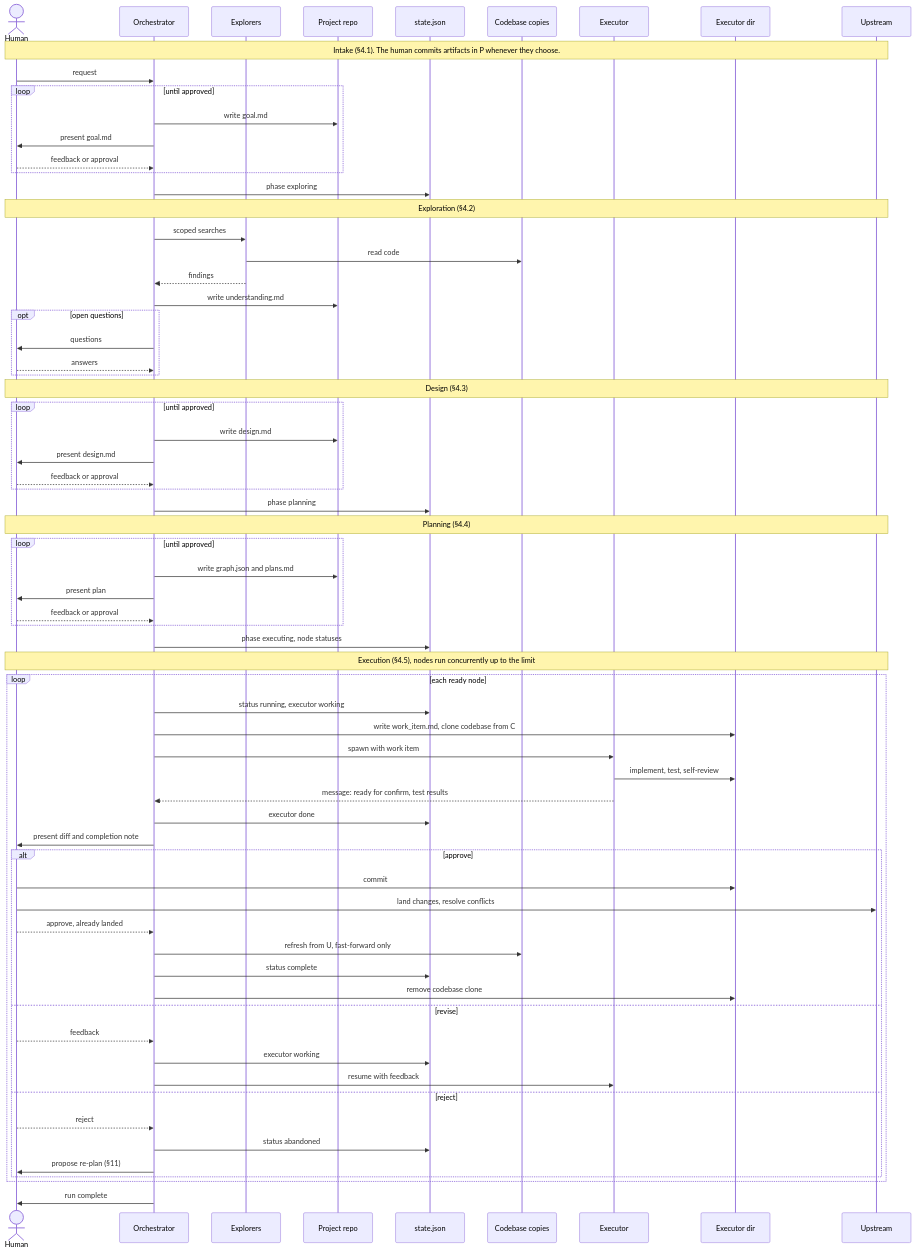
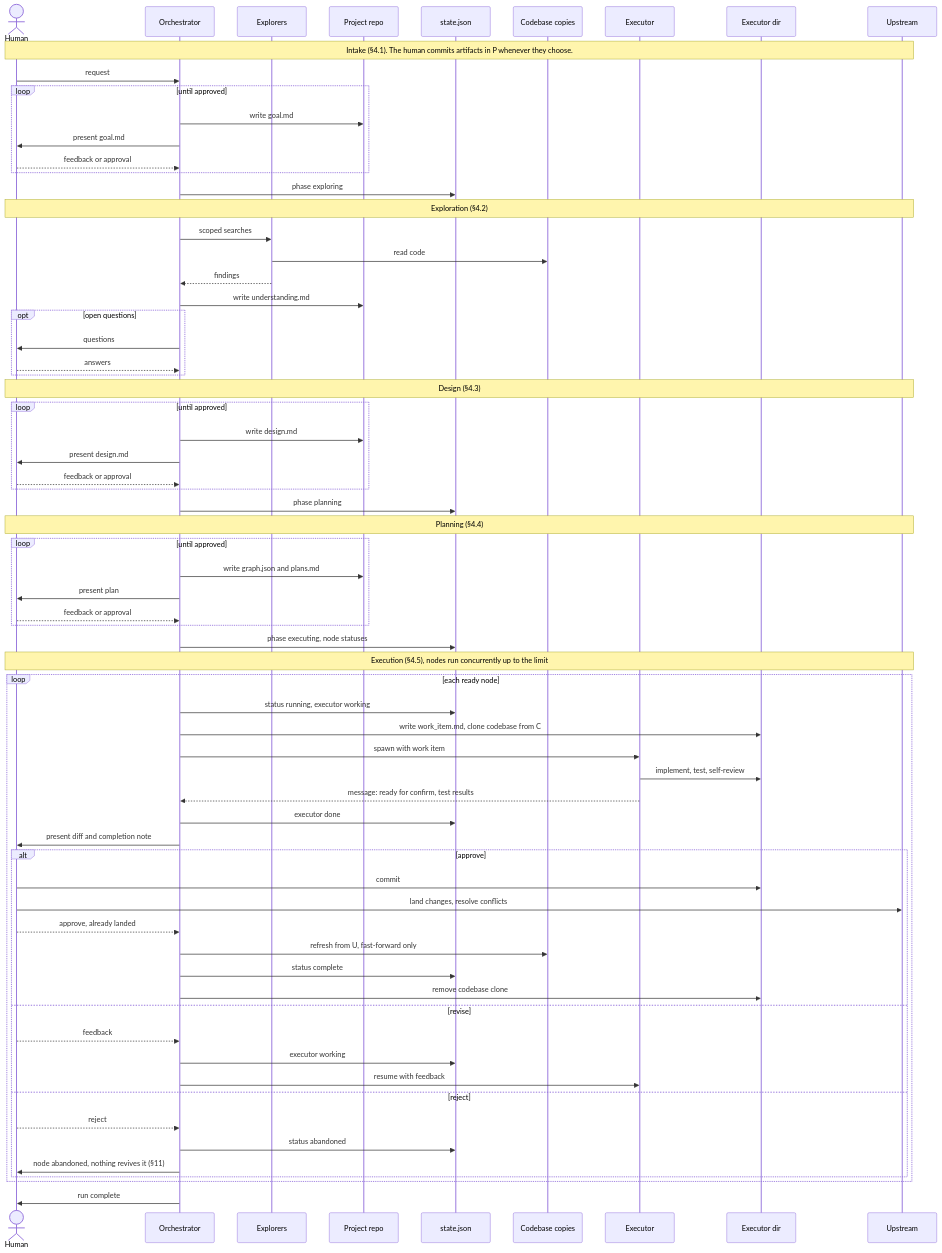
The second of 4 diagrams in docs/design.md (hyunbumy/devflow), drawn with Mermaid before and after one commit. The commit also changed other lines of this file and 5 other files, not shown here.

````diff
--- a/docs/design.md
+++ b/docs/design.md
@@ -212,75 +216,75 @@
 ```mermaid
 sequenceDiagram
     actor H as Human
     participant O as Orchestrator
     participant X as Explorers
     participant P as Project repo
     participant S as state.json
     participant C as Codebase copies
     participant E as Executor
     participant W as Executor dir
     participant U as Upstream
 
     Note over H,U: Intake (§4.1). The human commits artifacts in P whenever they choose.
     H->>O: request
     loop until approved
         O->>P: write goal.md
         O->>H: present goal.md
         H-->>O: feedback or approval
     end
     O->>S: phase exploring
 
     Note over H,U: Exploration (§4.2)
     O->>X: scoped searches
     X->>C: read code
     X-->>O: findings
     O->>P: write understanding.md
     opt open questions
         O->>H: questions
         H-->>O: answers
     end
 
     Note over H,U: Design (§4.3)
     loop until approved
         O->>P: write design.md
         O->>H: present design.md
         H-->>O: feedback or approval
     end
     O->>S: phase planning
 
     Note over H,U: Planning (§4.4)
     loop until approved
         O->>P: write graph.json and plans.md
         O->>H: present plan
         H-->>O: feedback or approval
     end
     O->>S: phase executing, node statuses
 
     Note over H,U: Execution (§4.5), nodes run concurrently up to the limit
     loop each ready node
         O->>S: status running, executor working
         O->>W: write work_item.md, clone codebase from C
         O->>E: spawn with work item
         E->>W: implement, test, self-review
         E-->>O: message: ready for confirm, test results
         O->>S: executor done
         O->>H: present diff and completion note
         alt approve
             H->>W: commit
             H->>U: land changes, resolve conflicts
             H-->>O: approve, already landed
             O->>C: refresh from U, fast-forward only
             O->>S: status complete
             O->>W: remove codebase clone
         else revise
             H-->>O: feedback
             O->>S: executor working
             O->>E: resume with feedback
         else reject
             H-->>O: reject
             O->>S: status abandoned
-            O->>H: propose re-plan (§11)
+            O->>H: node abandoned, nothing revives it (§11)
         end
     end
     O->>H: run complete
 ```
````
